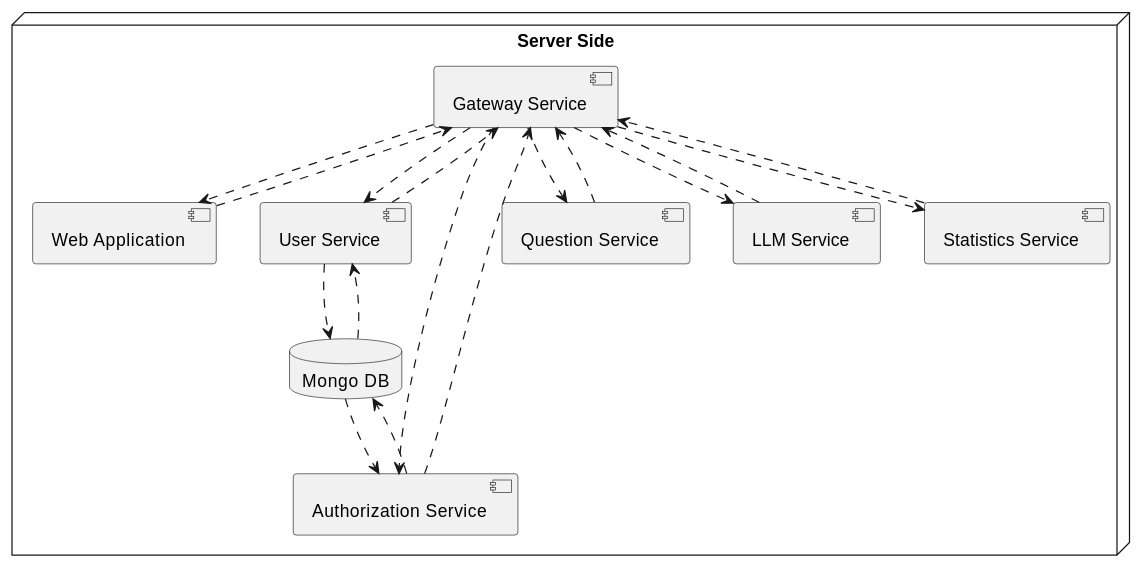
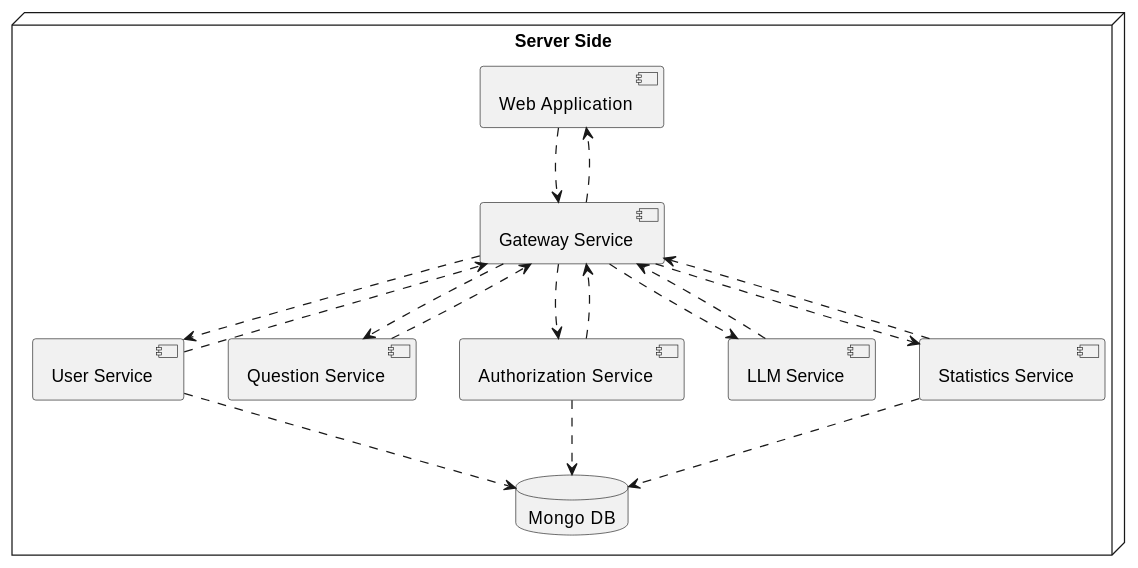
One commit to Arquisoft/wichat_en1b changed the second of 2 diagrams in docs/src/07_deployment_view.adoc. Above: the diagram before and after it, drawn with PlantUML. The commit also changed 5 other files, not shown here.

```diff
--- a/docs/src/07_deployment_view.adoc
+++ b/docs/src/07_deployment_view.adoc
@@ -109,41 +109,35 @@
 [plantuml,"Deployment view L2",png]
 ----
-node "Server Side"{
+node "Server Side" {
+  component WA as "Web Application"
   component GS as "Gateway Service"
-  component WA as "Web Application"
   component US as "User Service"
+  component QS as "Question Service"
   component AS as "Authorization Service"
-  component QS as "Question Service"
   component LLMS as "LLM Service"
   component SS as "Statistics Service"
   database MDB as "Mongo DB"
+
+  GS -[dashed]-> WA
+  WA -[dashed]-> GS
+
+  GS -[dashed]-> US
+  US -[dashed]-> GS
+
+  GS -[dashed]-> AS
+  AS -[dashed]-> GS
+
+  GS -[dashed]-> QS
+  QS -[dashed]-> GS
+
+  GS -[dashed]-> LLMS
+  LLMS -[dashed]-> GS
+
+  GS -[dashed]-> SS
+  SS -[dashed]-> GS
+
+  US -[dashed]-> MDB
+  AS -[dashed]-> MDB
+  SS -[dashed]-> MDB
 }
-
-
-
-
-GS-[dashed]->WA
-WA-[dashed]->GS
-
-GS-[dashed]->AS
-AS-[dashed]->GS
-
-GS-[dashed]->US
-US-[dashed]->GS
-
-GS-[dashed]->QS
-QS-[dashed]->GS
-
-GS-[dashed]->SS
-SS-[dashed]->GS
-
-AS-[dashed]->MDB
-MDB-[dashed]->AS
-
-US-[dashed]->MDB
-MDB-[dashed]->US
-
-GS-[dashed]->LLMS
-LLMS-[dashed]->GS
-
 ----
```
